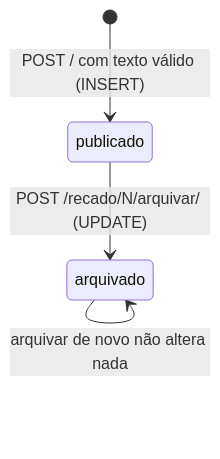
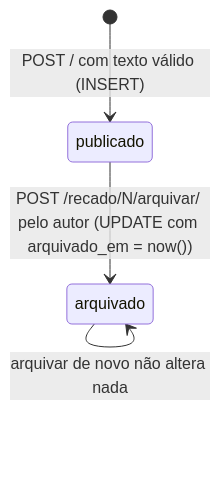
The second of 2 diagrams in docs/modelo-de-dados.md (jacksongomesbr/uft-cc-dwm-mini-mural-django), drawn with Mermaid before and after one commit. The commit also changed other lines of this file and 7 other files, not shown here.

````diff
--- a/docs/modelo-de-dados.md
+++ b/docs/modelo-de-dados.md
@@ -92,6 +107,6 @@
 ```mermaid
 stateDiagram-v2
     [*] --> publicado: POST / com texto válido (INSERT)
-    publicado --> arquivado: POST /recado/N/arquivar/ (UPDATE)
+    publicado --> arquivado: POST /recado/N/arquivar/ pelo autor (UPDATE com arquivado_em = now())
     arquivado --> arquivado: arquivar de novo não altera nada
 ```
````
